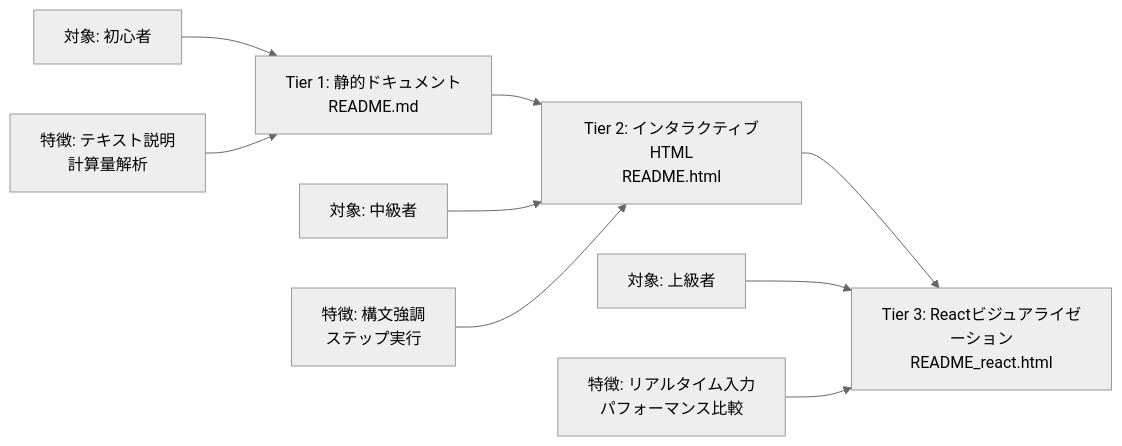
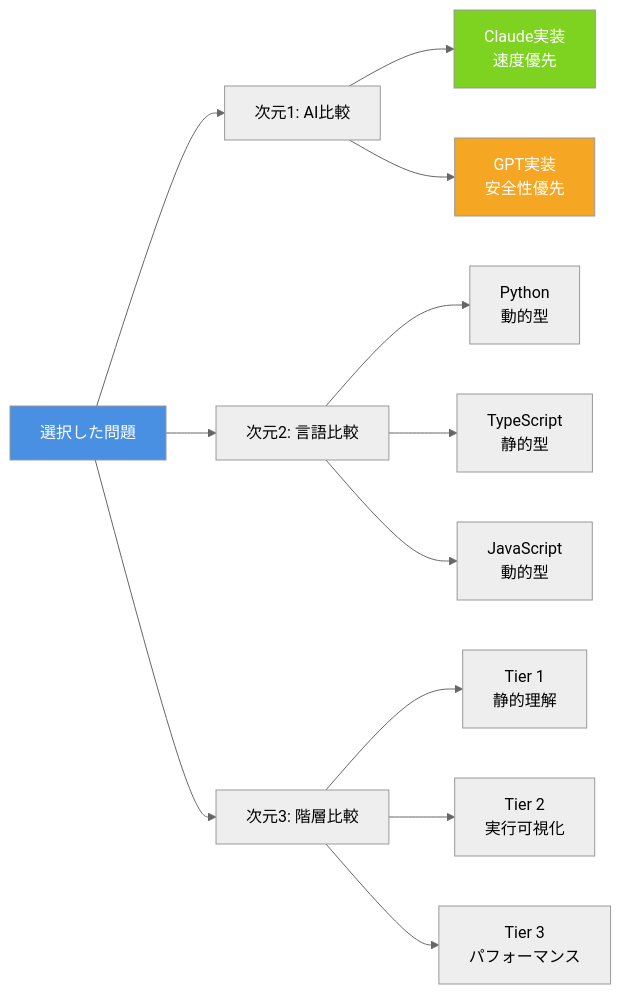
One commit to myoshi2891/Algorithm-DataStructures-Math-SQL changed diagram 17 of 24 in README.md. Above: the diagram before and after it, drawn with Mermaid (neutral theme). The commit also changed other lines of this file, not shown here.

````diff
--- a/README.md
+++ b/README.md
@@ -186,13 +1203,21 @@
 ```mermaid
 graph LR
-    A[Tier 1: 静的ドキュメント<br/>README.md] --> B[Tier 2: インタラクティブHTML<br/>README.html]
-    B --> C[Tier 3: Reactビジュアライゼーション<br/>README_react.html]
+    Problem[選択した問題] --> Dim1[次元1: AI比較]
+    Problem --> Dim2[次元2: 言語比較]
+    Problem --> Dim3[次元3: 階層比較]
     
-    A1[対象: 初心者] --> A
-    B1[対象: 中級者] --> B
-    C1[対象: 上級者] --> C
+    Dim1 --> Claude[Claude実装<br/>速度優先]
+    Dim1 --> GPT[GPT実装<br/>安全性優先]
     
-    A2[特徴: テキスト説明<br/>計算量解析] --> A
-    B2[特徴: 構文強調<br/>ステップ実行] --> B
-    C2[特徴: リアルタイム入力<br/>パフォーマンス比較] --> C
+    Dim2 --> Py[Python<br/>動的型]
+    Dim2 --> TS[TypeScript<br/>静的型]
+    Dim2 --> JS[JavaScript<br/>動的型]
+    
+    Dim3 --> T1[Tier 1<br/>静的理解]
+    Dim3 --> T2[Tier 2<br/>実行可視化]
+    Dim3 --> T3[Tier 3<br/>パフォーマンス]
+    
+    style Problem fill:#4A90E2,color:#fff
+    style Claude fill:#7ED321,color:#fff
+    style GPT fill:#F5A623,color:#fff
 ```
````
